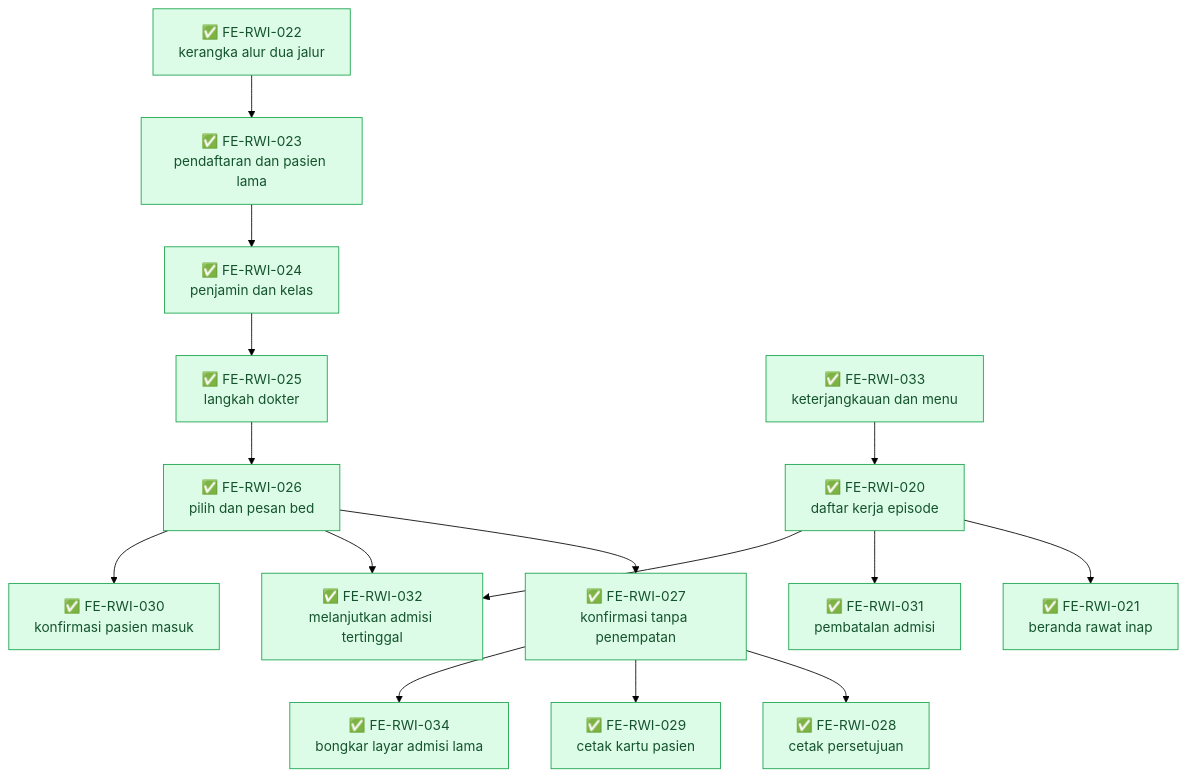
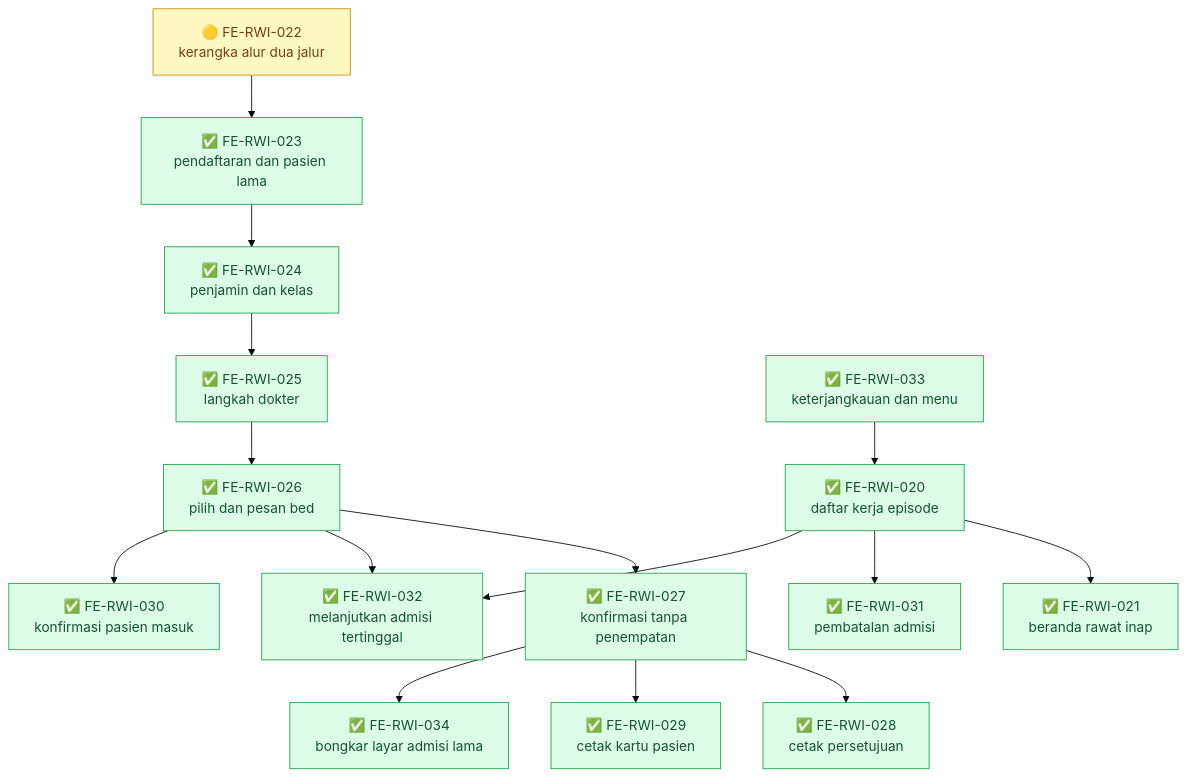
The first of 3 diagrams in docs/module-blueprints/rawat-inap/episode-rawat-inap/roadmap/frontend-roadmap.md (DevBenari/NewQuilvianSystemBackend), drawn with Mermaid (forest theme) before and after one commit. The commit also changed other lines of this file and 32 other files, not shown here.

````diff
--- a/docs/module-blueprints/rawat-inap/episode-rawat-inap/roadmap/frontend-roadmap.md
+++ b/docs/module-blueprints/rawat-inap/episode-rawat-inap/roadmap/frontend-roadmap.md
@@ -119,39 +119,39 @@
 ```mermaid
 flowchart TD
     classDef selesai fill:#DCFCE7,stroke:#16A34A,color:#14532D
     classDef sebagian fill:#FEF9C3,stroke:#CA8A04,color:#713F12
     classDef terblokir fill:#FEE2E2,stroke:#DC2626,color:#7F1D1D
     classDef belum fill:#F1F5F9,stroke:#64748B,color:#0F172A
     classDef luar fill:#EDE9FE,stroke:#7C3AED,color:#3B0764
 
     FE020["✅ FE-RWI-020<br/>daftar kerja episode"]:::selesai
     FE021["✅ FE-RWI-021<br/>beranda rawat inap"]:::selesai
-    FE022["✅ FE-RWI-022<br/>kerangka alur dua jalur"]:::selesai
+    FE022["🟡 FE-RWI-022<br/>kerangka alur dua jalur"]:::sebagian
     FE023["✅ FE-RWI-023<br/>pendaftaran dan pasien lama"]:::selesai
     FE024["✅ FE-RWI-024<br/>penjamin dan kelas"]:::selesai
     FE025["✅ FE-RWI-025<br/>langkah dokter"]:::selesai
     FE026["✅ FE-RWI-026<br/>pilih dan pesan bed"]:::selesai
     FE027["✅ FE-RWI-027<br/>konfirmasi tanpa penempatan"]:::selesai
     FE028["✅ FE-RWI-028<br/>cetak persetujuan"]:::selesai
     FE029["✅ FE-RWI-029<br/>cetak kartu pasien"]:::selesai
     FE030["✅ FE-RWI-030<br/>konfirmasi pasien masuk"]:::selesai
     FE031["✅ FE-RWI-031<br/>pembatalan admisi"]:::selesai
     FE032["✅ FE-RWI-032<br/>melanjutkan admisi tertinggal"]:::selesai
     FE033["✅ FE-RWI-033<br/>keterjangkauan dan menu"]:::selesai
     FE034["✅ FE-RWI-034<br/>bongkar layar admisi lama"]:::selesai
 
     FE020 --> FE021
     FE020 --> FE031
     FE020 --> FE032
     FE022 --> FE023
     FE023 --> FE024
     FE024 --> FE025
     FE025 --> FE026
     FE026 --> FE027
     FE026 --> FE032
     FE027 --> FE028
     FE027 --> FE029
     FE027 --> FE034
     FE026 --> FE030
     FE033 --> FE020
 ```
````
